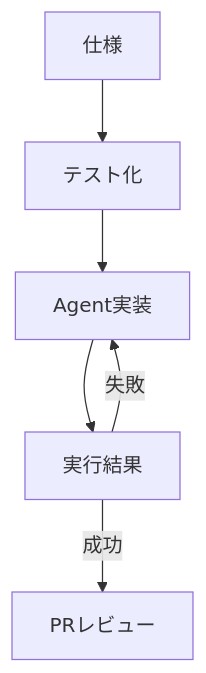
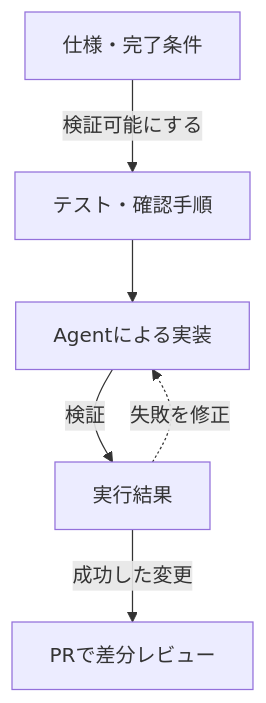
The third of 3 diagrams in articles/report/ai-coding-success-practices/ja/index.mdx (daylight55/research), drawn with Mermaid before and after one commit. The commit also changed other lines of this file and 181 other files, not shown here.

First line of the commit message:
全記事の図解368点を再生成し、共通注意書きを削除 (#402)

````diff
--- a/articles/report/ai-coding-success-practices/ja/index.mdx
+++ b/articles/report/ai-coding-success-practices/ja/index.mdx
@@ -130,8 +141,15 @@
 ```mermaid
 flowchart TD
-  S["仕様"] --> T["テスト化"]
-  T --> A["Agent実装"]
-  A --> R["実行結果"]
-  R -->|失敗| A
-  R -->|成功| P["PRレビュー"]
+  accTitle: 失敗結果を実装へ返す検証ループ
+  accDescr: 仕様を検証条件にし、失敗時は実装へ戻す。検証を通った変更をPRで確認する。
+  N0["仕様・完了条件"]
+  N1["テスト・確認手順"]
+  N2["Agentによる実装"]
+  N3["実行結果"]
+  N4["PRで差分レビュー"]
+  N0 -->|検証可能にする| N1
+  N1 --> N2
+  N2 -->|検証| N3
+  N3 -.->|失敗を修正| N2
+  N3 -->|成功した変更| N4
 ```
````
